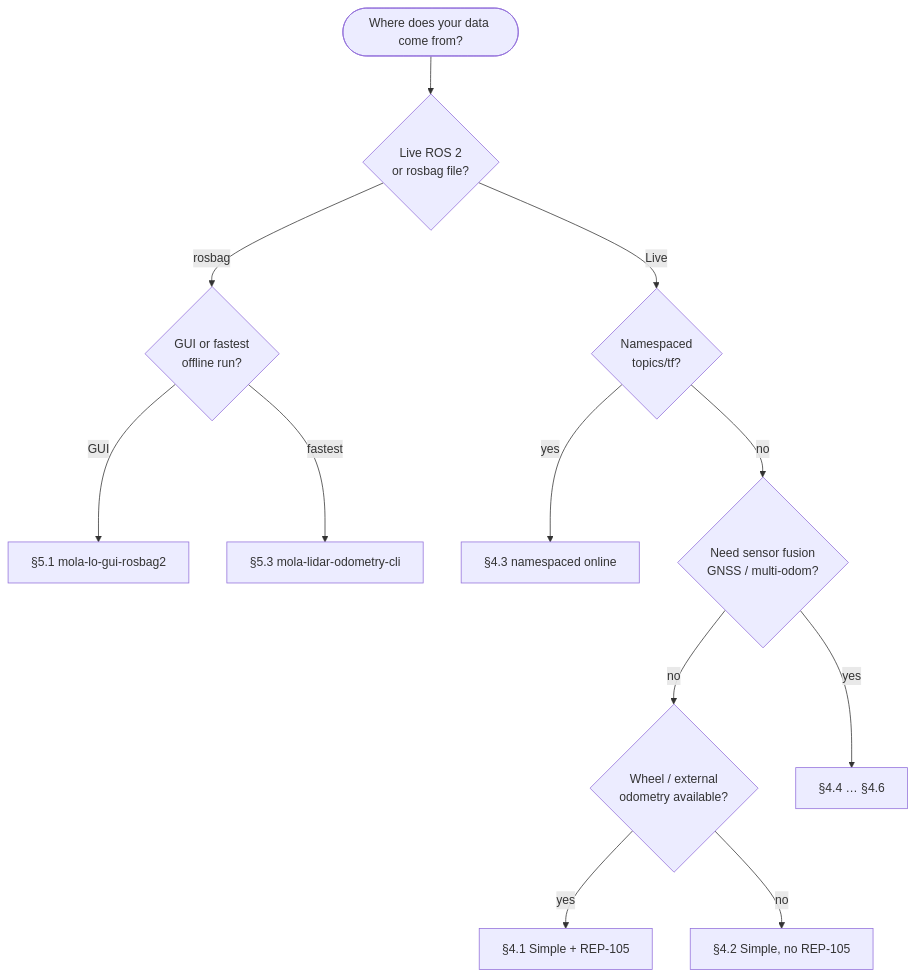
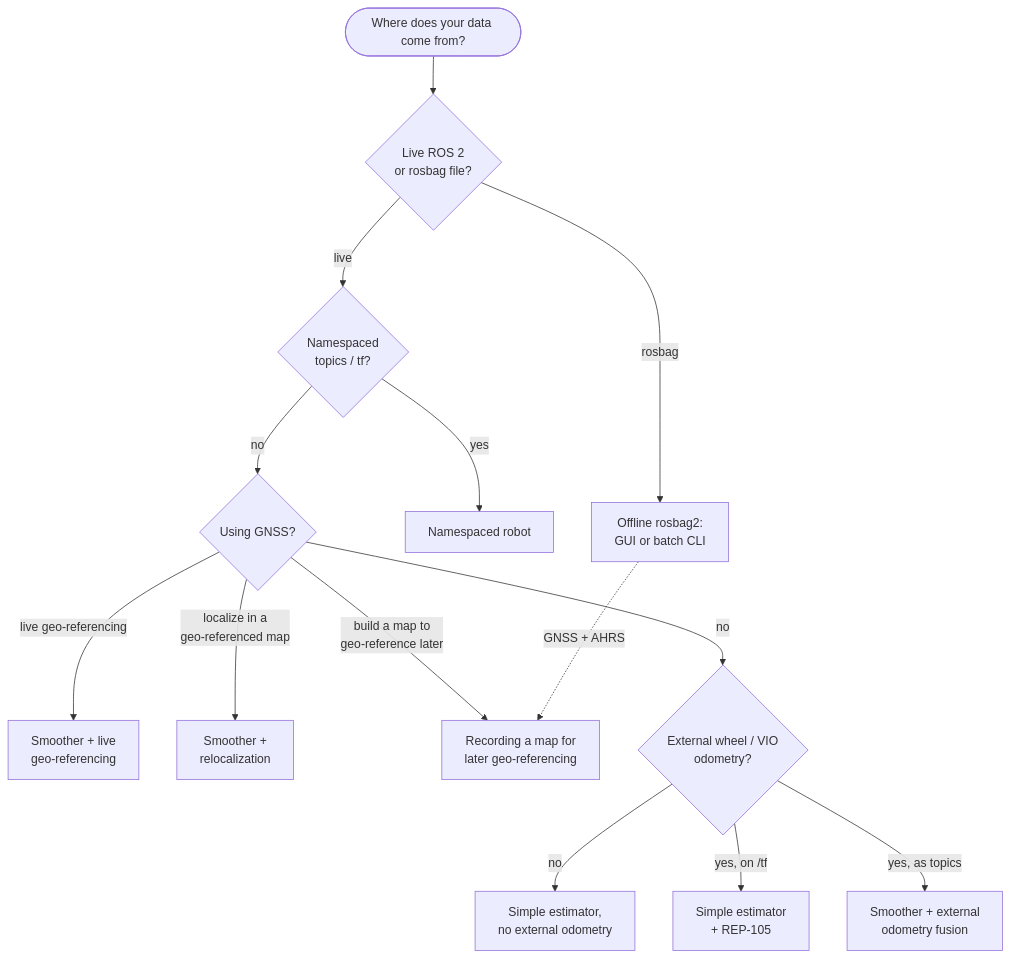
Before and after one commit to ros2-gbp/mola-release: the first of 11 diagrams in docs/source/mola_ros2_configurations.rst, drawn with Mermaid. The commit also changed other lines of this file and 119 other files, not shown here.

```diff
--- a/docs/source/mola_ros2_configurations.rst
+++ b/docs/source/mola_ros2_configurations.rst
@@ -77,14 +80,16 @@
 .. mermaid::
 
    flowchart TD
      Start([Where does your data come from?]) --> Q1{Live ROS 2<br/>or rosbag file?}
-     Q1 -- rosbag --> QO1{GUI or fastest<br/>offline run?}
-     Q1 -- Live --> Q2{Namespaced<br/>topics/tf?}
-     QO1 -- GUI --> QO2[§5.1 mola-lo-gui-rosbag2]
-     QO1 -- fastest --> QO3[§5.3 mola-lidar-odometry-cli]
-     Q2 -- yes --> Q3ns[§4.3 namespaced online]
-     Q2 -- no --> Q3{Need sensor fusion<br/>GNSS / multi-odom?}
-     Q3 -- no --> Q4{Wheel / external<br/>odometry available?}
-     Q3 -- yes --> Q5[§4.4 … §4.6]
-     Q4 -- yes --> Q4a[§4.1 Simple + REP-105]
-     Q4 -- no --> Q4b[§4.2 Simple, no REP-105]
+     Q1 -- rosbag --> Off[Offline rosbag2:<br/>GUI or batch CLI]
+     Q1 -- live --> Q2{Namespaced<br/>topics / tf?}
+     Q2 -- yes --> NS[Namespaced robot]
+     Q2 -- no --> Q3{Using GNSS?}
+     Q3 -- live geo-referencing --> LG[Smoother + live<br/>geo-referencing]
+     Q3 -- localize in a<br/>geo-referenced map --> RL[Smoother +<br/>relocalization]
+     Q3 -- build a map to<br/>geo-reference later --> Geo[Recording a map for<br/>later geo-referencing]
+     Q3 -- no --> Q4{External wheel / VIO<br/>odometry?}
+     Q4 -- no --> S2[Simple estimator,<br/>no external odometry]
+     Q4 -- yes, on /tf --> S1[Simple estimator<br/>+ REP-105]
+     Q4 -- yes, as topics --> SM[Smoother + external<br/>odometry fusion]
+     Off -. GNSS + AHRS .-> Geo
```
